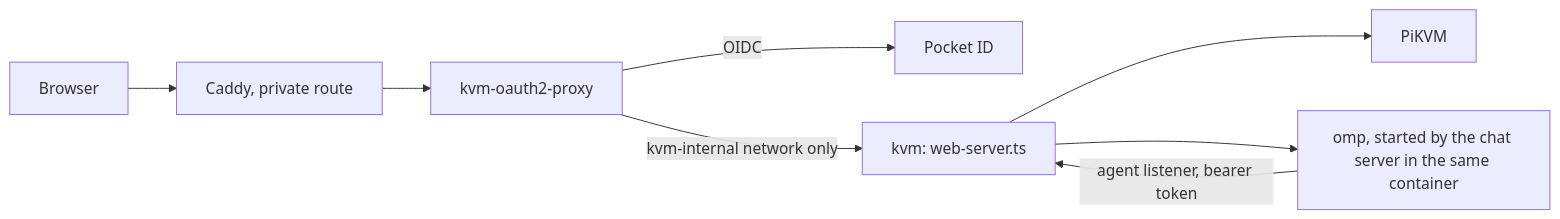
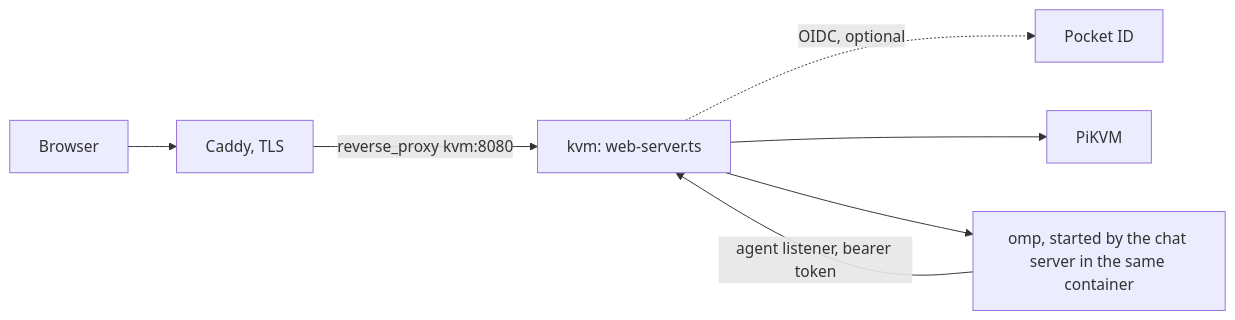
The diagram in README.md (kierandrewett/pikvm-desktop-agentic), drawn with Mermaid before and after one commit. The commit also changed other lines of this file and 44 other files, not shown here.

````diff
--- a/README.md
+++ b/README.md
@@ -117,10 +125,9 @@
 ```mermaid
 flowchart LR
-    phone[Browser] --> caddy[Caddy, private route]
-    caddy --> proxy[kvm-oauth2-proxy]
-    proxy -->|OIDC| pocket[Pocket ID]
-    proxy -->|kvm-internal network only| kvm[kvm: web-server.ts]
+    phone[Browser] --> caddy[Caddy, TLS]
+    caddy -->|reverse_proxy kvm:8080| kvm[kvm: web-server.ts]
+    kvm -.->|OIDC, optional| pocket[Pocket ID]
     kvm --> pi[PiKVM]
     kvm --> omp[omp, started by the chat server in the same container]
     omp -->|agent listener, bearer token| kvm
 ```
````
